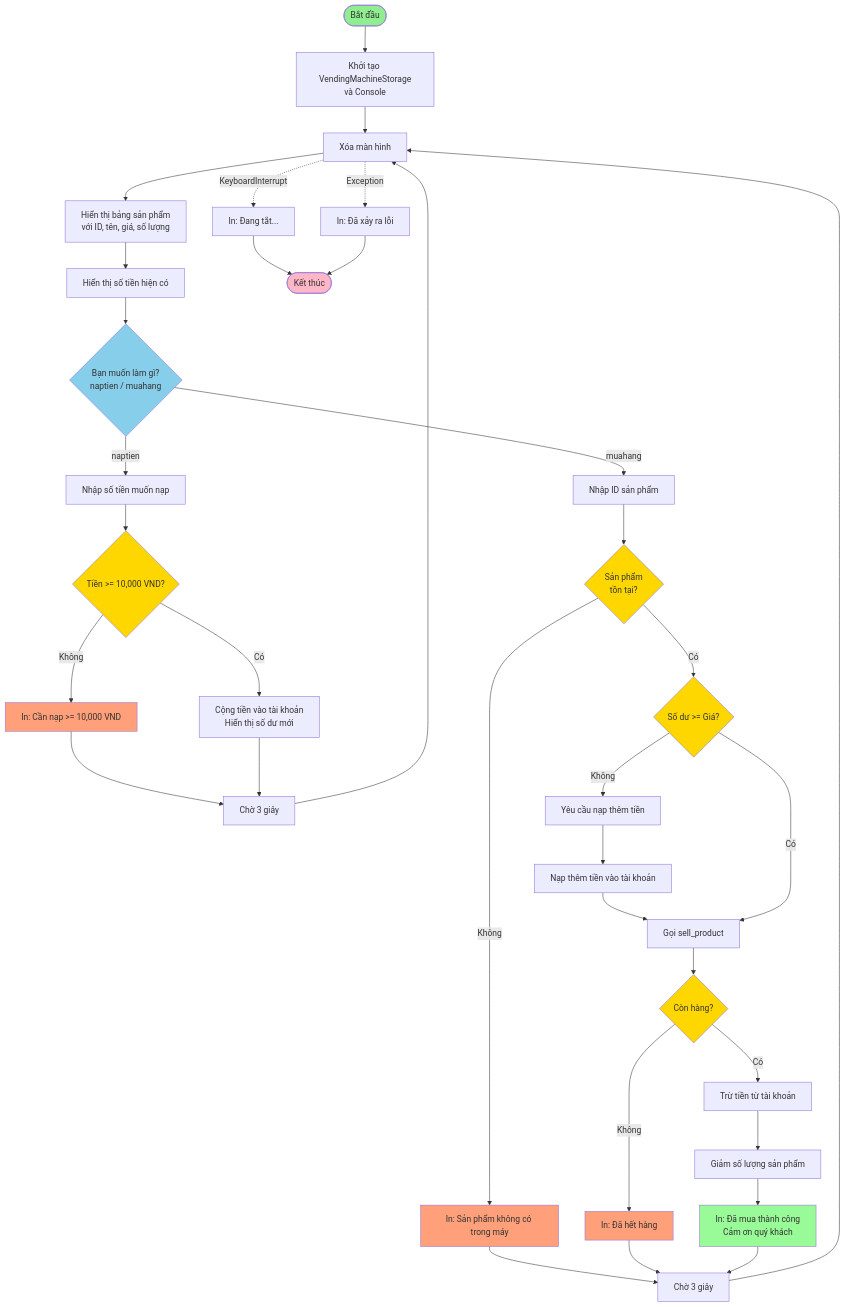
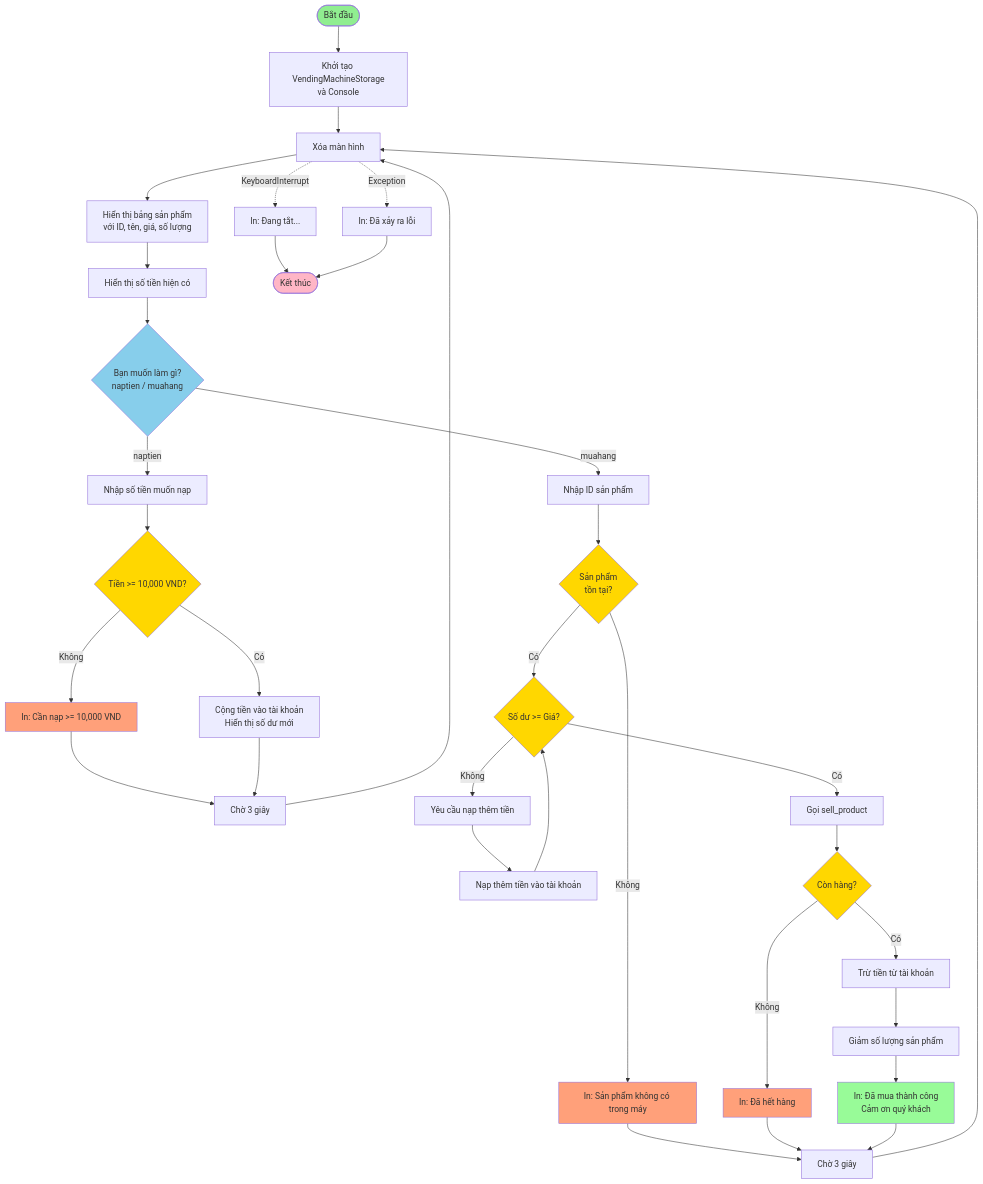
Before and after one commit to cailogang/VendingMachine: the diagram in readme.md, drawn with Mermaid. The commit also changed 3 other files, not shown here.

````diff
--- a/readme.md
+++ b/readme.md
@@ -261,55 +261,55 @@
 ```mermaid
 flowchart TD
     Start([Bắt đầu]) --> Init[Khởi tạo VendingMachineStorage<br/>và Console]
     Init --> Clear[Xóa màn hình]
     Clear --> Display[Hiển thị bảng sản phẩm<br/>với ID, tên, giá, số lượng]
     Display --> ShowMoney[Hiển thị số tiền hiện có]
     ShowMoney --> Prompt{Bạn muốn làm gì?<br/>naptien / muahang}
     
     Prompt -->|naptien| InputMoney[Nhập số tiền muốn nạp]
     InputMoney --> CheckMinMoney{Tiền >= 10,000 VND?}
     CheckMinMoney -->|Có| AddMoney[Cộng tiền vào tài khoản<br/>Hiển thị số dư mới]
     CheckMinMoney -->|Không| ErrorMin[In: Cần nạp >= 10,000 VND]
     ErrorMin --> Wait1[Chờ 3 giây]
     AddMoney --> Wait1
     
     Prompt -->|muahang| InputID[Nhập ID sản phẩm]
     InputID --> CheckExists{Sản phẩm<br/>tồn tại?}
     CheckExists -->|Không| ErrorNotFound[In: Sản phẩm không có trong máy]
     ErrorNotFound --> Wait2[Chờ 3 giây]
     
     CheckExists -->|Có| CheckBalance{Số dư >= Giá?}
     CheckBalance -->|Không| AskMoreMoney[Yêu cầu nạp thêm tiền]
     AskMoreMoney --> AddMoreMoney[Nạp thêm tiền vào tài khoản]
-    AddMoreMoney --> ProcessSell
+    AddMoreMoney --> CheckBalance
     
     CheckBalance -->|Có| ProcessSell[Gọi sell_product]
     ProcessSell --> CheckStock{Còn hàng?}
     CheckStock -->|Không| ErrorStock[In: Đã hết hàng]
     ErrorStock --> Wait2
     
     CheckStock -->|Có| DeductMoney[Trừ tiền từ tài khoản]
     DeductMoney --> DeductStock[Giảm số lượng sản phẩm]
     DeductStock --> Success[In: Đã mua thành công<br/>Cảm ơn quý khách]
     Success --> Wait2
     
     Wait1 --> Clear
     Wait2 --> Clear
     
     Clear -.->|KeyboardInterrupt| Exit1[In: Đang tắt...]
     Clear -.->|Exception| Exit2[In: Đã xảy ra lỗi]
     Exit1 --> End([Kết thúc])
     Exit2 --> End
     
     style Start fill:#90EE90
     style End fill:#FFB6C6
     style Prompt fill:#87CEEB
     style CheckExists fill:#FFD700
     style CheckBalance fill:#FFD700
     style CheckStock fill:#FFD700
     style CheckMinMoney fill:#FFD700
     style Success fill:#98FB98
     style ErrorNotFound fill:#FFA07A
     style ErrorStock fill:#FFA07A
     style ErrorMin fill:#FFA07A
 ```
````
